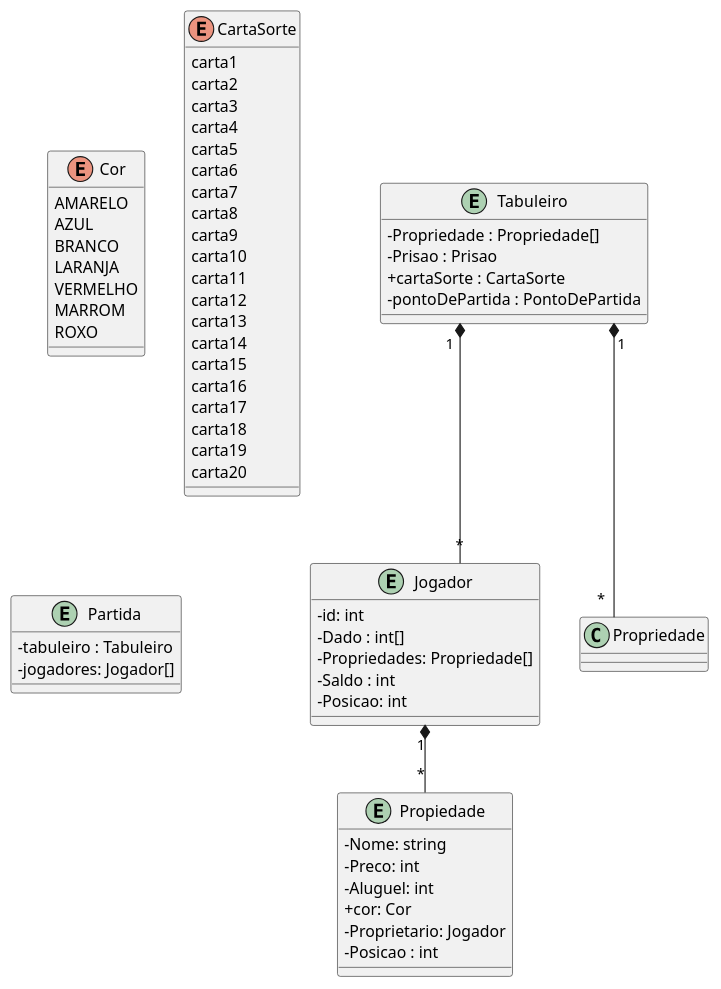
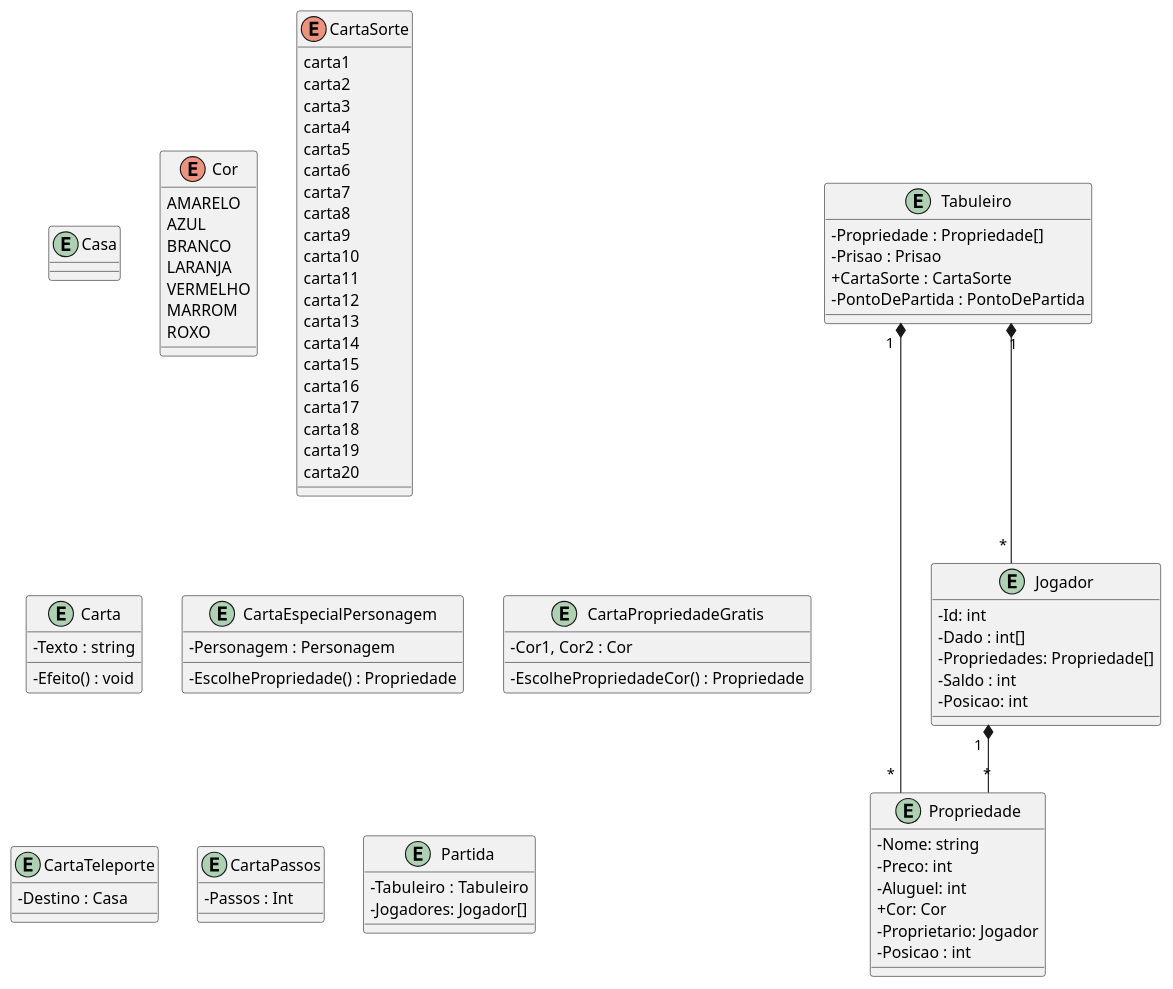
The diagram in Documentação/diagrama-de-classe.plantuml (rogerpcto/ProjetoDeSoftware-UFF), drawn with PlantUML before and after one commit.

Commit message:
continuem ai q eu vou jantar

```diff
--- a/Documentação/diagrama-de-classe.plantuml
+++ b/Documentação/diagrama-de-classe.plantuml
@@ -1,71 +1,101 @@
 @startuml diagrama
 skinparam linetype ortho
 skinparam classAttributeIconSize 0
 
 entity Tabuleiro{
     - Propriedade : Propriedade[]
     - Prisao : Prisao
-    + cartaSorte : CartaSorte
-    - pontoDePartida : PontoDePartida
+    + CartaSorte : CartaSorte
+    - PontoDePartida : PontoDePartida
 }
 
-entity Propiedade{
+
+entity Casa{
+
+}
+
+entity Propriedade{
     - Nome: string
     - Preco: int
     - Aluguel: int
-    + cor: Cor
+    + Cor: Cor
     - Proprietario: Jogador
     - Posicao : int   
 }
 
 entity Jogador{
-    - id: int
+    - Id: int
     - Dado : int[]
     - Propriedades: Propriedade[]
     - Saldo : int
     - Posicao: int
 }
 
 enum Cor{
     AMARELO
     AZUL
     BRANCO
     LARANJA
     VERMELHO
     MARROM
     ROXO
 }
 enum CartaSorte{ 
         carta1
         carta2
         carta3
         carta4
         carta5
         carta6
         carta7
         carta8
         carta9
         carta10
         carta11
         carta12
         carta13
         carta14
         carta15
         carta16
         carta17
         carta18
         carta19
         carta20
 }
 
+entity Carta{
+    - Texto : string
+    - Efeito() : void
+}
+
+
+entity CartaEspecialPersonagem{
+    - Personagem : Personagem
+    - EscolhePropriedade() : Propriedade
+}
+
+
+entity CartaPropriedadeGratis{
+    - Cor1, Cor2 : Cor
+    - EscolhePropriedadeCor() : Propriedade
+}
+
+entity CartaTeleporte{
+    - Destino : Casa
+}
+
+entity CartaPassos{
+    - Passos : Int
+}
+
 entity Partida{
-    - tabuleiro : Tabuleiro
-    - jogadores: Jogador[]
+    - Tabuleiro : Tabuleiro
+    - Jogadores: Jogador[]
     }
 
     Tabuleiro "1" *-- "*" Jogador
     Tabuleiro "1" *-- "*" Propriedade
     
-    Jogador "1"  *-- "*" Propiedade
+    Jogador "1"  *-- "*" Propriedade
 
 @enduml
```
